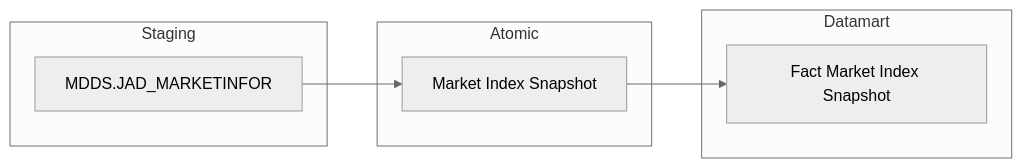
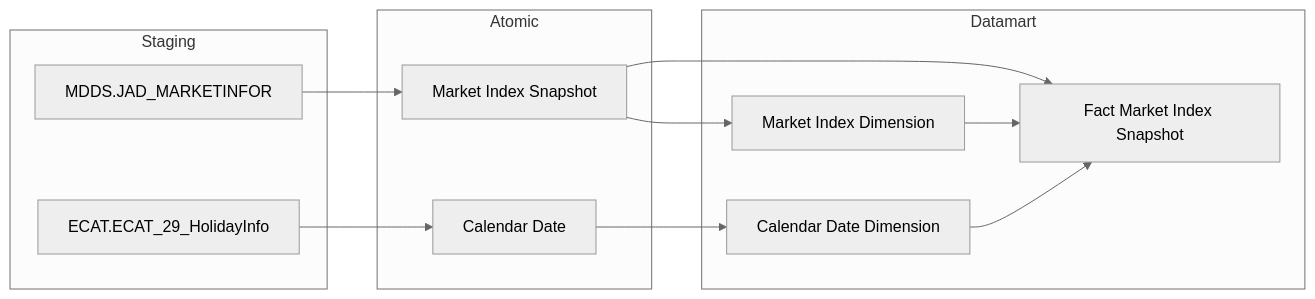
The sixth of 26 diagrams in Datamart/hld/DTM_NDTNN_HLD.md (linhlvit/ubck_atomic_design), drawn with Mermaid (neutral theme) before and after one commit. The commit also changed other lines of this file and 62 other files, not shown here.

````diff
--- a/Datamart/hld/DTM_NDTNN_HLD.md
+++ b/Datamart/hld/DTM_NDTNN_HLD.md
@@ -188,18 +227,28 @@
 ```mermaid
 flowchart LR
     subgraph SRC["Staging"]
         S1["MDDS.JAD_MARKETINFOR"]
+        ECAT_ECAT_29_HolidayInfo["ECAT.ECAT_29_HolidayInfo"]
     end
 
     subgraph SIL["Atomic"]
         SV1["Market Index Snapshot"]
+        Calendar_Date["Calendar Date"]
     end
 
     subgraph Datamart["Datamart"]
         G1["Fact Market Index Snapshot"]
+        G2["Market Index Dimension"]
+        G3["Calendar Date Dimension"]
     end
 
     S1 --> SV1
+    ECAT_ECAT_29_HolidayInfo --> Calendar_Date
 
     SV1 --> G1
+    SV1 --> G2
+    Calendar_Date --> G3
+
+    G2 --> G1
+    G3 --> G1
 ```
````
